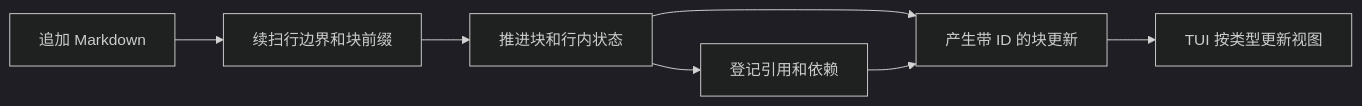
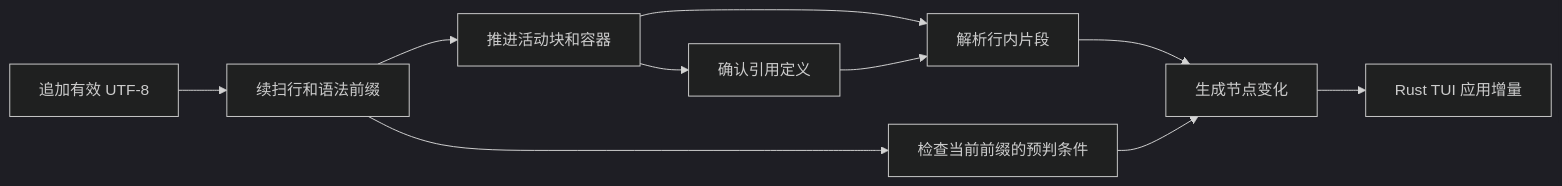
Before and after one commit to Simon-He95/stream-markdown-rs: the diagram in docs/design.md, drawn with Mermaid (dark theme). The commit also changed other lines of this file and 1 other file, not shown here.

Commit message:
docs: specify the Rust streaming parser architecture

````diff
--- a/docs/design.md
+++ b/docs/design.md
@@ -34,9 +18,12 @@
 ```mermaid
 flowchart LR
-  A["追加 Markdown"] --> B["续扫行边界和块前缀"]
-  B --> C["推进块和行内状态"]
-  C --> D["产生带 ID 的块更新"]
-  C --> E["登记引用和依赖"]
+  A["追加有效 UTF-8"] --> B["续扫行和语法前缀"]
+  B --> C["推进活动块和容器"]
+  C --> D["解析行内片段"]
+  C --> E["确认引用定义"]
   E --> D
-  D --> F["TUI 按类型更新视图"]
+  B --> F["检查当前前缀的预判条件"]
+  D --> G["生成节点变化"]
+  F --> G
+  G --> H["Rust TUI 应用增量"]
 ```
````
